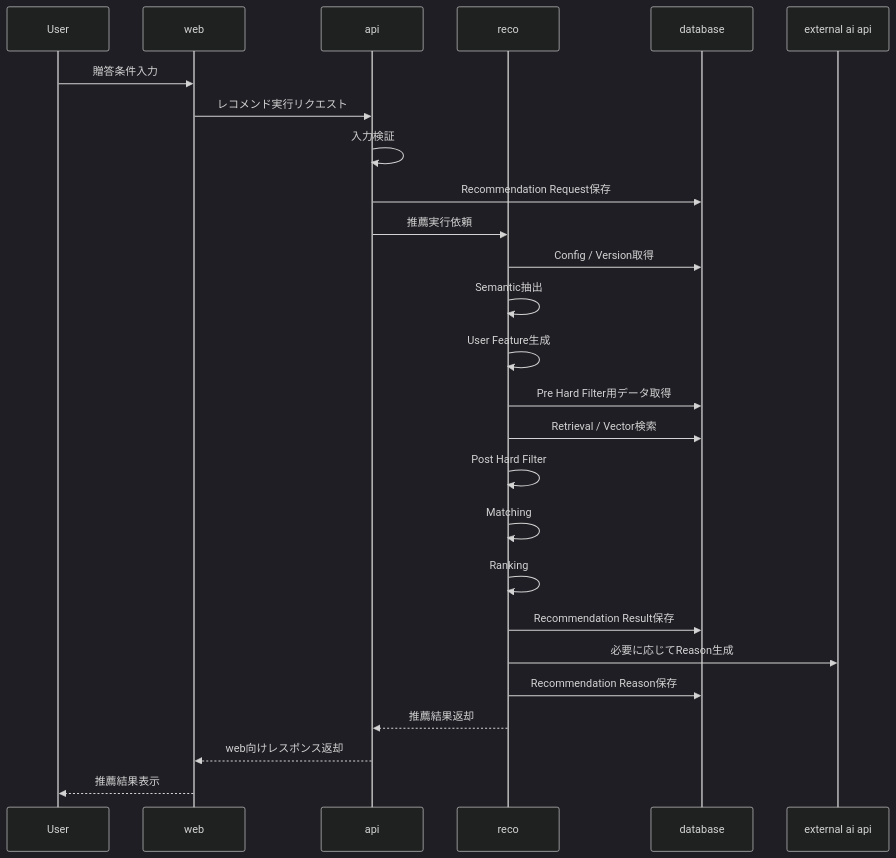
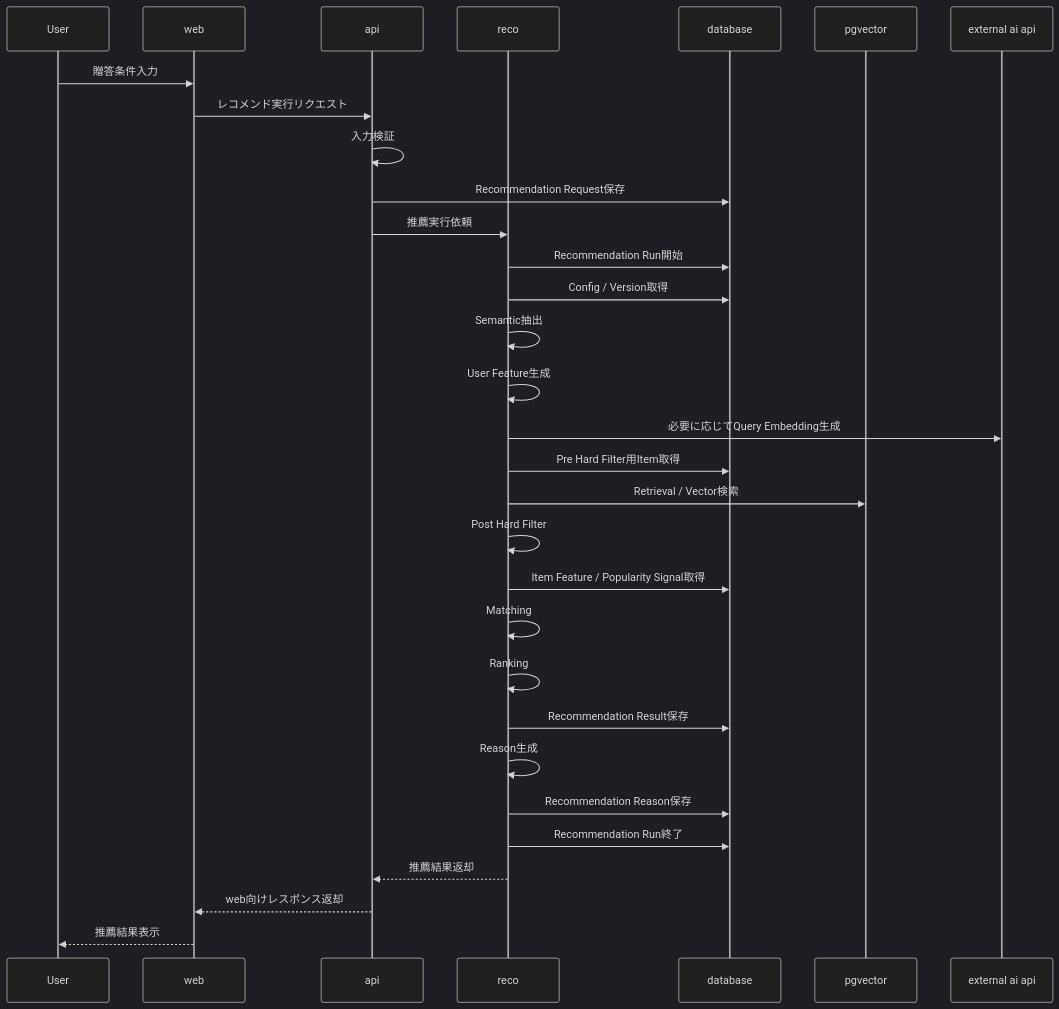
Before and after one commit to ryo-chan-k6/GiftRecommendAPP_MVP_CYCLE_3: the third of 10 diagrams in docs/05_アプリケーション設計/アプリ/処理構成定義書.md, drawn with Mermaid (dark theme). The commit also changed other lines of this file, not shown here.

Commit message:
ドキュメントを更新し、Gift Recommendation Service MVPにおける処理構成の詳細を整理。新たに利用したインプット成果物を追加し、基本方針や処理種別を明確化。これにより、システムの処理系統とデータフローが一層明確になり、設計基盤が強化された。

````diff
--- a/docs/05_アプリケーション設計/アプリ/処理構成定義書.md
+++ b/docs/05_アプリケーション設計/アプリ/処理構成定義書.md
@@ -268,31 +359,36 @@
 ```mermaid
 sequenceDiagram
     participant User as User
     participant Web as web
     participant API as api
     participant Reco as reco
     participant DB as database
+    participant Vec as pgvector
     participant AI as external ai api
 
     User->>Web: 贈答条件入力
     Web->>API: レコメンド実行リクエスト
     API->>API: 入力検証
     API->>DB: Recommendation Request保存
     API->>Reco: 推薦実行依頼
 
+    Reco->>DB: Recommendation Run開始
     Reco->>DB: Config / Version取得
     Reco->>Reco: Semantic抽出
     Reco->>Reco: User Feature生成
-    Reco->>DB: Pre Hard Filter用データ取得
-    Reco->>DB: Retrieval / Vector検索
+    Reco->>AI: 必要に応じてQuery Embedding生成
+    Reco->>DB: Pre Hard Filter用Item取得
+    Reco->>Vec: Retrieval / Vector検索
     Reco->>Reco: Post Hard Filter
+    Reco->>DB: Item Feature / Popularity Signal取得
     Reco->>Reco: Matching
     Reco->>Reco: Ranking
     Reco->>DB: Recommendation Result保存
-    Reco->>AI: 必要に応じてReason生成
+    Reco->>Reco: Reason生成
     Reco->>DB: Recommendation Reason保存
+    Reco->>DB: Recommendation Run終了
 
     Reco-->>API: 推薦結果返却
     API-->>Web: web向けレスポンス返却
     Web-->>User: 推薦結果表示
 ```
````
